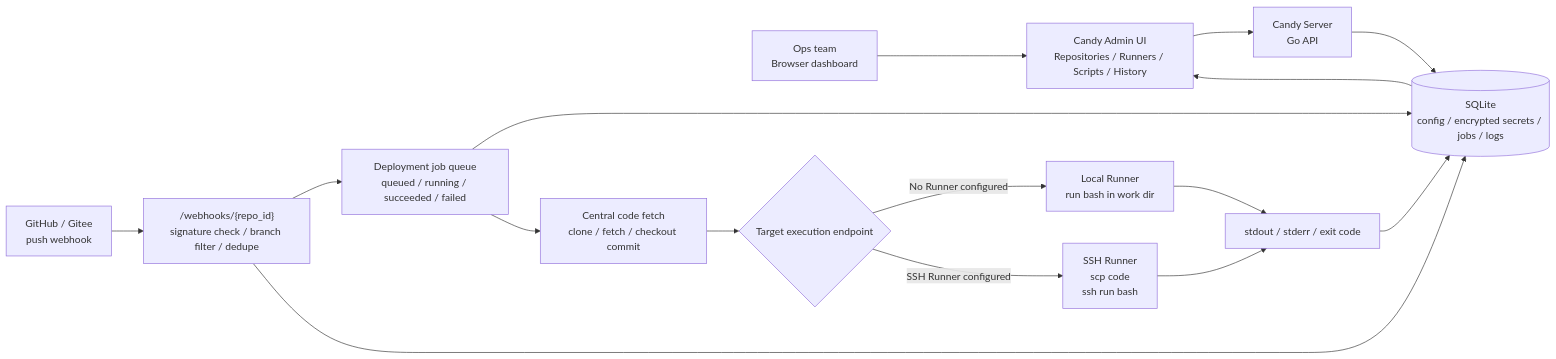
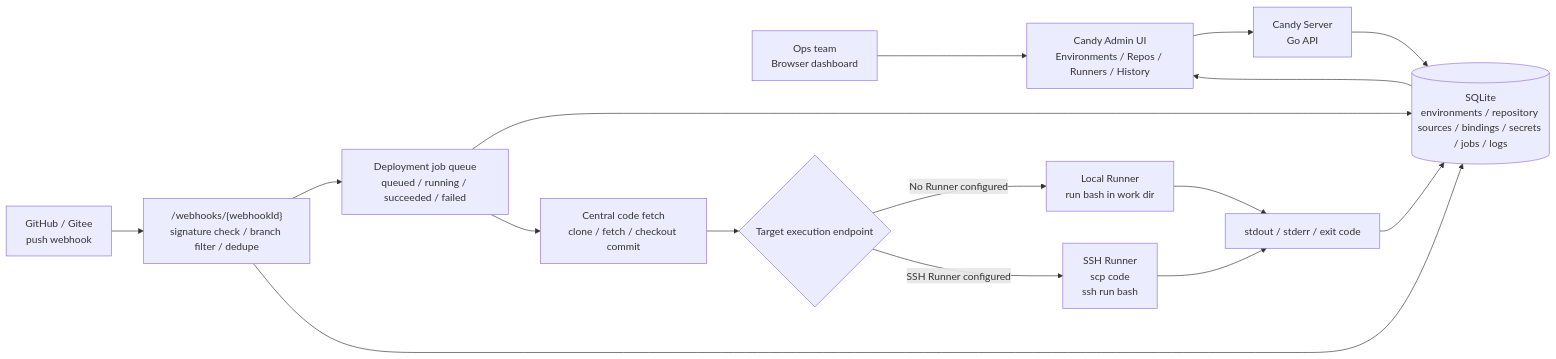
One commit to chenjihu/Candy changed the diagram in README.md. Above: the diagram before and after it, drawn with Mermaid. The commit also changed other lines of this file and 26 other files, not shown here.

````diff
--- a/README.md
+++ b/README.md
@@ -39,21 +41,21 @@
 ```mermaid
 flowchart LR
-    admin["Ops team<br/>Browser dashboard"] --> ui["Candy Admin UI<br/>Repositories / Runners / Scripts / History"]
+    admin["Ops team<br/>Browser dashboard"] --> ui["Candy Admin UI<br/>Environments / Repos / Runners / History"]
     ui --> api["Candy Server<br/>Go API"]
 
-    github["GitHub / Gitee<br/>push webhook"] --> webhook["/webhooks/{repo_id}<br/>signature check / branch filter / dedupe"]
+    github["GitHub / Gitee<br/>push webhook"] --> webhook["/webhooks/{webhookId}<br/>signature check / branch filter / dedupe"]
     webhook --> queue["Deployment job queue<br/>queued / running / succeeded / failed"]
-    api --> db[("SQLite<br/>config / encrypted secrets / jobs / logs")]
+    api --> db[("SQLite<br/>environments / repository sources / bindings / secrets / jobs / logs")]
     webhook --> db
     queue --> db
 
     queue --> git["Central code fetch<br/>clone / fetch / checkout commit"]
     git --> local{"Target execution endpoint"}
     local -->|No Runner configured| localRunner["Local Runner<br/>run bash in work dir"]
     local -->|SSH Runner configured| sshRunner["SSH Runner<br/>scp code<br/>ssh run bash"]
 
     localRunner --> result["stdout / stderr / exit code"]
     sshRunner --> result
     result --> db
     db --> ui
 ```
````
